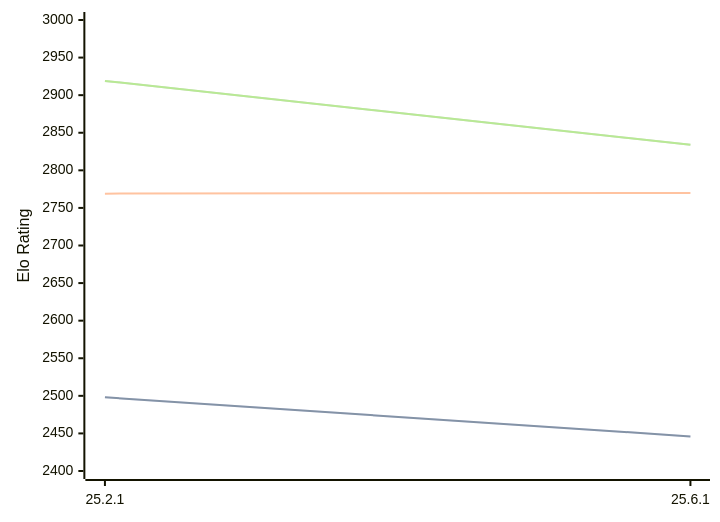
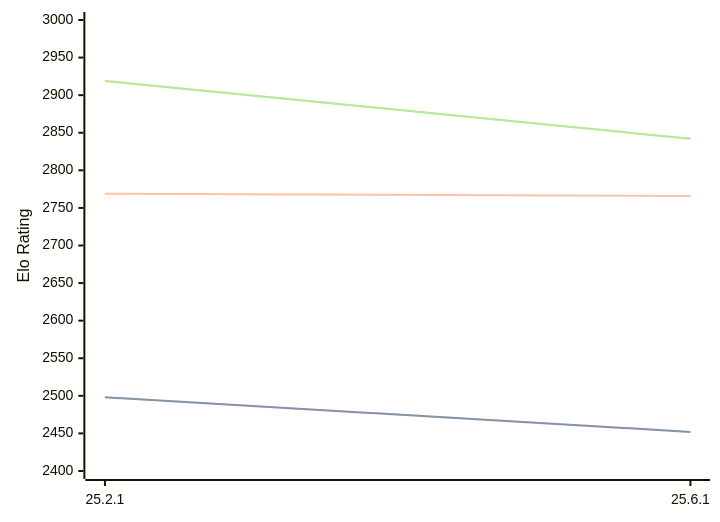
Before and after one commit to computer-chess-index/cci: the diagram in engines/Crafty.md, drawn with Mermaid. The commit also changed other lines of this file, not shown here.

Commit message:
Update CCI Ratings (ELO VLTC) - 2026-07-20

````diff
--- a/engines/Crafty.md
+++ b/engines/Crafty.md
@@ -32,11 +32,11 @@
 ```mermaid
 %%{init: {"theme":"base","themeVariables":{"seriesColors:['#a3a3a3','#222221','#faa371']}}}%%
 xychart-beta
   x-axis ["25.2.1", "25.6.1"]
   y-axis "Elo Rating" 2400 --> 3000
-  line "STC (8.0+0.08s)" [2498, 2446]
-  line "STC (8.0+0.08s)" [2498, 2446]
-  line "LTC (60.0+0.60s)" [2769, 2770]
-  line "VLTC (2m24s+1.12s)" [2919, 2834]
-  line "VLTC (2m24s+1.12s)" [2919, 2834]
+  line "STC (8.0+0.08s)" [2498, 2452]
+  line "STC (8.0+0.08s)" [2498, 2452]
+  line "LTC (60.0+0.60s)" [2769, 2766]
+  line "VLTC (2m24s+1.12s)" [2919, 2842]
+  line "VLTC (2m24s+1.12s)" [2919, 2842]
 ```
````
